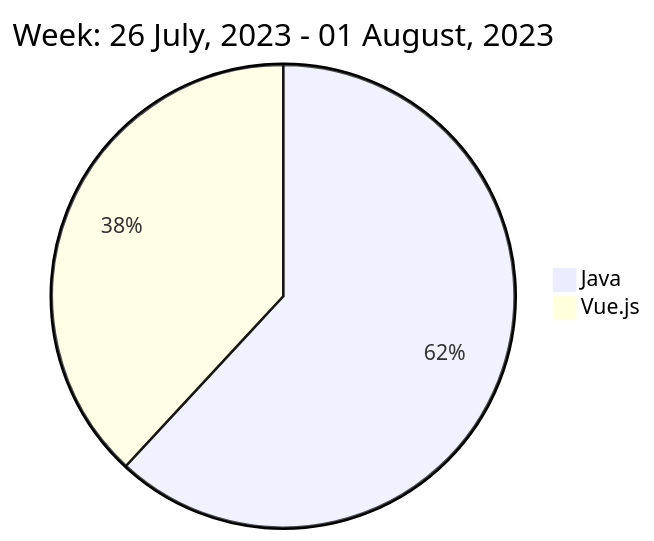
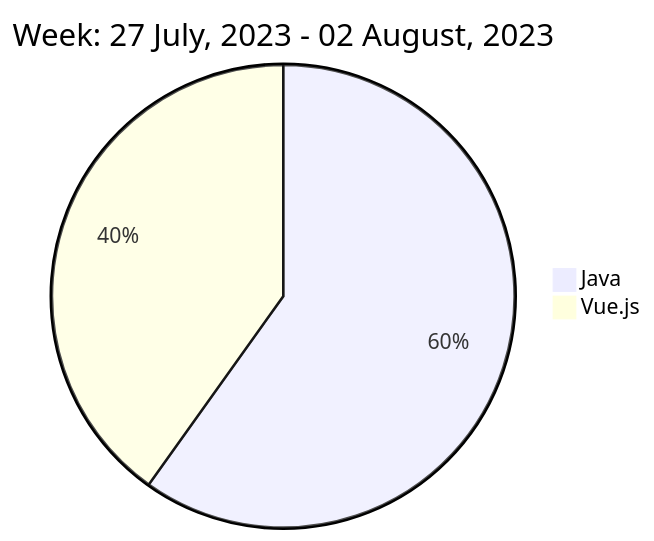
Before and after one commit to liubin95/liubin95: the diagram in README.md, drawn with Mermaid.

Commit message:
Updated the Graph with new Metrics

````diff
--- a/README.md
+++ b/README.md
@@ -40,6 +40,6 @@
 ```mermaid
  pie
-title Week: 26 July, 2023 - 01 August, 2023
- "Java" : 6.53
- "Vue.js" : 4.02
+title Week: 27 July, 2023 - 02 August, 2023
+ "Java" : 5.67
+ "Vue.js" : 3.8
 ```
````
